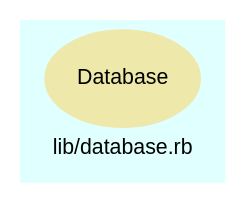
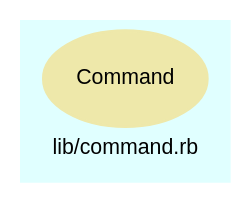
Before and after one commit to Tyche/teensymud: the diagram in doc/dot/f_5.dot, drawn with Graphviz. The commit also changed 154 other files, not shown here.

Commit message:
Created lib/db directory and moved database.rb there. Split out game object classes in tmud.rb to lib/db. Renamed Obj to GameObject. Added test modules for game objects. Added TML documentation file.

```diff
--- a/doc/dot/f_5.dot
+++ b/doc/dot/f_5.dot
@@ -1,22 +1,22 @@
 digraph TopLevel {
     compound = true
     bgcolor = lightcyan1
     fontname = Arial
     fontsize = 8
-    label = "lib/database.rb"
+    label = "lib/command.rb"
     node [
         fontname = Arial,
         fontsize = 8,
         color = black
     ]
 
-    Database [
+    Command [
         fontcolor = black,
-        URL = "classes/Database.html",
+        URL = "classes/Command.html",
         shape = ellipse,
         color = palegoldenrod,
         style = filled,
-        label = "Database"
+        label = "Command"
     ]
 
 }
```
